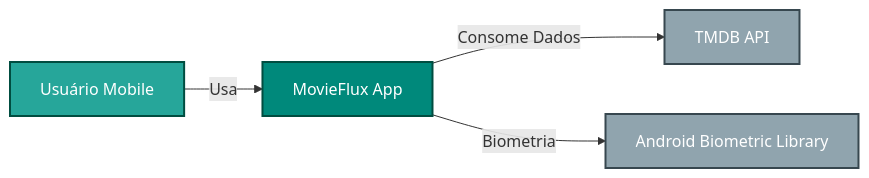
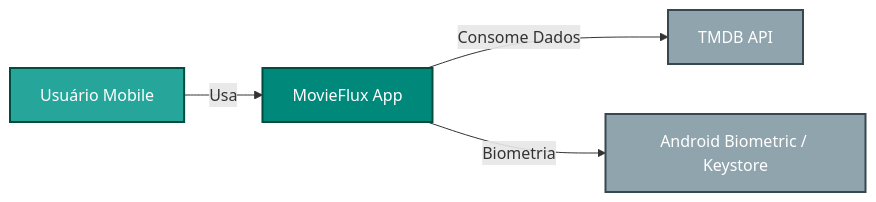
Before and after one commit to victorsantanaa/MovieFlux: the sixth of 9 diagrams in docs/movie_flux_diagrams.md, drawn with Mermaid. The commit also changed other lines of this file, not shown here.

Commit message:
feat: update authentication flow diagrams and enhance data synchronization details

````diff
--- a/docs/movie_flux_diagrams.md
+++ b/docs/movie_flux_diagrams.md
@@ -167,14 +224,14 @@
 ```mermaid
 graph LR
     User[Usuário Mobile] -->|Usa| App[MovieFlux App]
     App -->|Consome Dados| TMDB[TMDB API]
-    App -->|Biometria| Android[Android Biometric Library]
+    App -->|Biometria| Android[Android Biometric / Keystore]
 
     classDef person fill:#26A69A,stroke:#004D40,color:#FFFFFF,stroke-width:2px
     classDef system fill:#00897B,stroke:#004D40,color:#FFFFFF,stroke-width:2px
     classDef external fill:#90A4AE,stroke:#37474F,color:#FFFFFF,stroke-width:2px
 
     class User person
     class App system
     class TMDB,Android external
 ```
````
